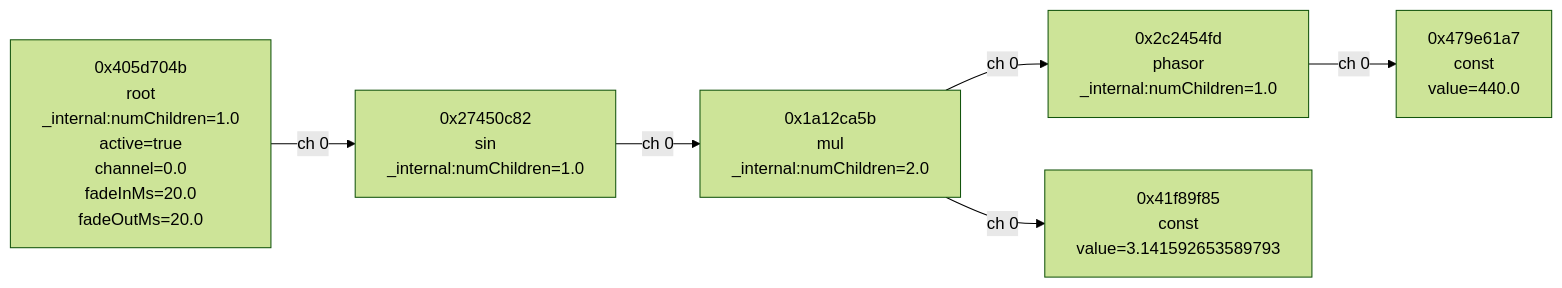
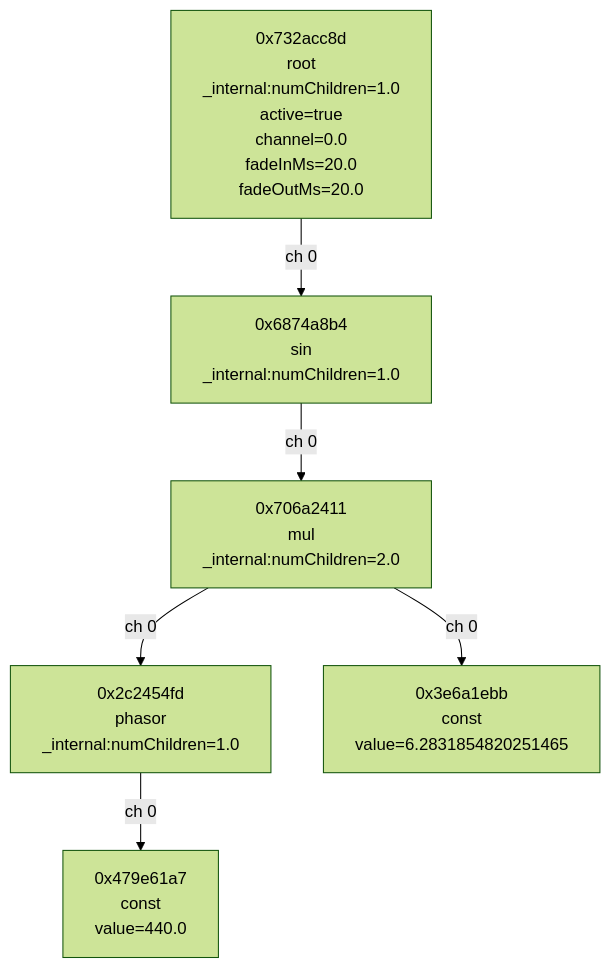
Before and after one commit to parkernilson/elementary: the diagram in tests/snapshots/BasicSineWaveGraph.snapshot.md, drawn with Mermaid (forest theme). The commit also changed 4 other files, not shown here.

````diff
--- a/tests/snapshots/BasicSineWaveGraph.snapshot.md
+++ b/tests/snapshots/BasicSineWaveGraph.snapshot.md
@@ -1,14 +1,14 @@
 ```mermaid
-flowchart LR
-    n0x1a12ca5b["0x1a12ca5b<br/>mul<br/>_internal:numChildren=2.0"]
-    n0x27450c82["0x27450c82<br/>sin<br/>_internal:numChildren=1.0"]
+flowchart TD
     n0x2c2454fd["0x2c2454fd<br/>phasor<br/>_internal:numChildren=1.0"]
-    n0x405d704b["0x405d704b<br/>root<br/>_internal:numChildren=1.0<br/>active=true<br/>channel=0.0<br/>fadeInMs=20.0<br/>fadeOutMs=20.0"]
-    n0x41f89f85["0x41f89f85<br/>const<br/>value=3.141592653589793"]
+    n0x3e6a1ebb["0x3e6a1ebb<br/>const<br/>value=6.2831854820251465"]
     n0x479e61a7["0x479e61a7<br/>const<br/>value=440.0"]
-    n0x1a12ca5b -->|ch 0| n0x41f89f85
-    n0x1a12ca5b -->|ch 0| n0x2c2454fd
-    n0x27450c82 -->|ch 0| n0x1a12ca5b
+    n0x6874a8b4["0x6874a8b4<br/>sin<br/>_internal:numChildren=1.0"]
+    n0x706a2411["0x706a2411<br/>mul<br/>_internal:numChildren=2.0"]
+    n0x732acc8d["0x732acc8d<br/>root<br/>_internal:numChildren=1.0<br/>active=true<br/>channel=0.0<br/>fadeInMs=20.0<br/>fadeOutMs=20.0"]
     n0x2c2454fd -->|ch 0| n0x479e61a7
-    n0x405d704b -->|ch 0| n0x27450c82
+    n0x6874a8b4 -->|ch 0| n0x706a2411
+    n0x706a2411 -->|ch 0| n0x3e6a1ebb
+    n0x706a2411 -->|ch 0| n0x2c2454fd
+    n0x732acc8d -->|ch 0| n0x6874a8b4
 ```
````
